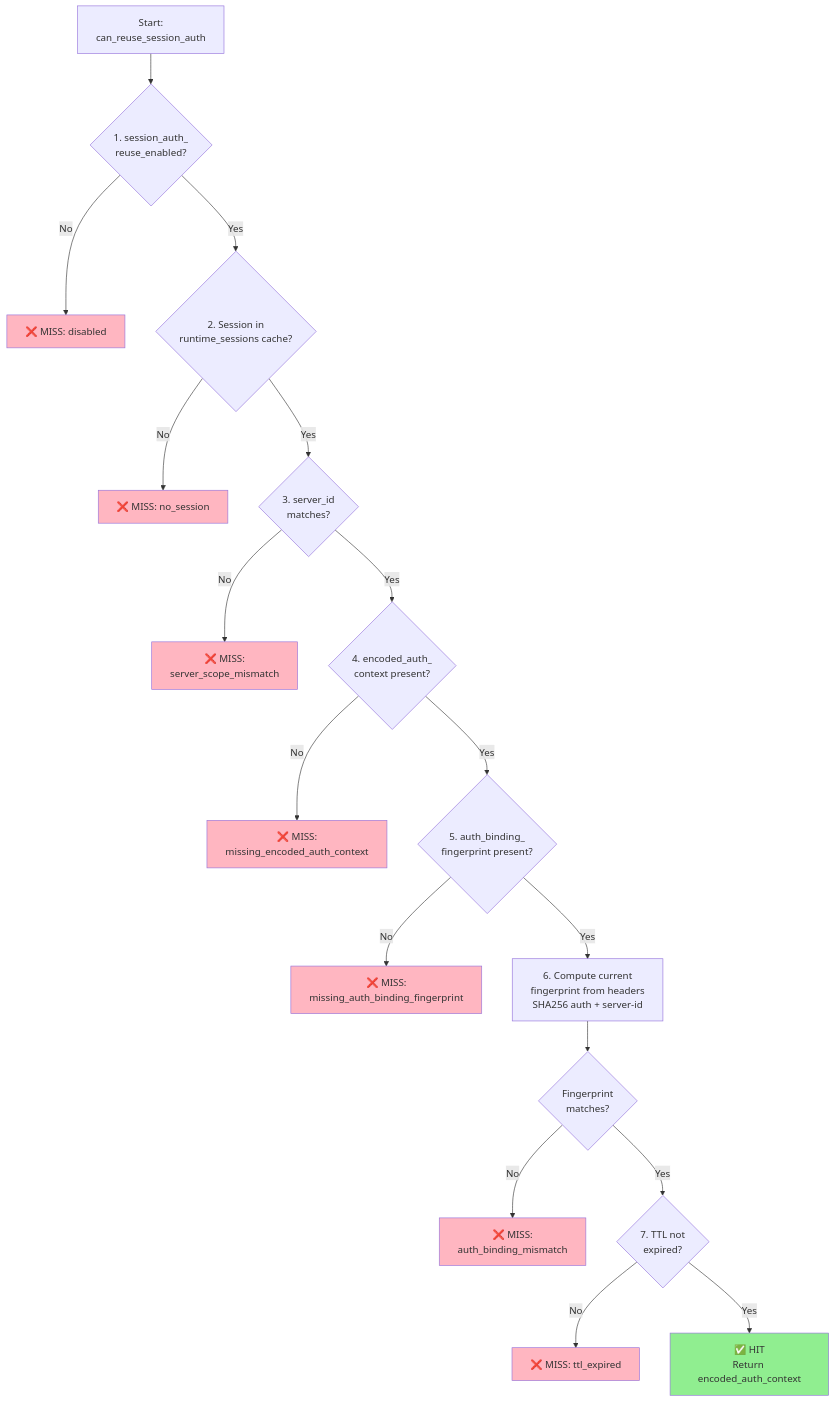
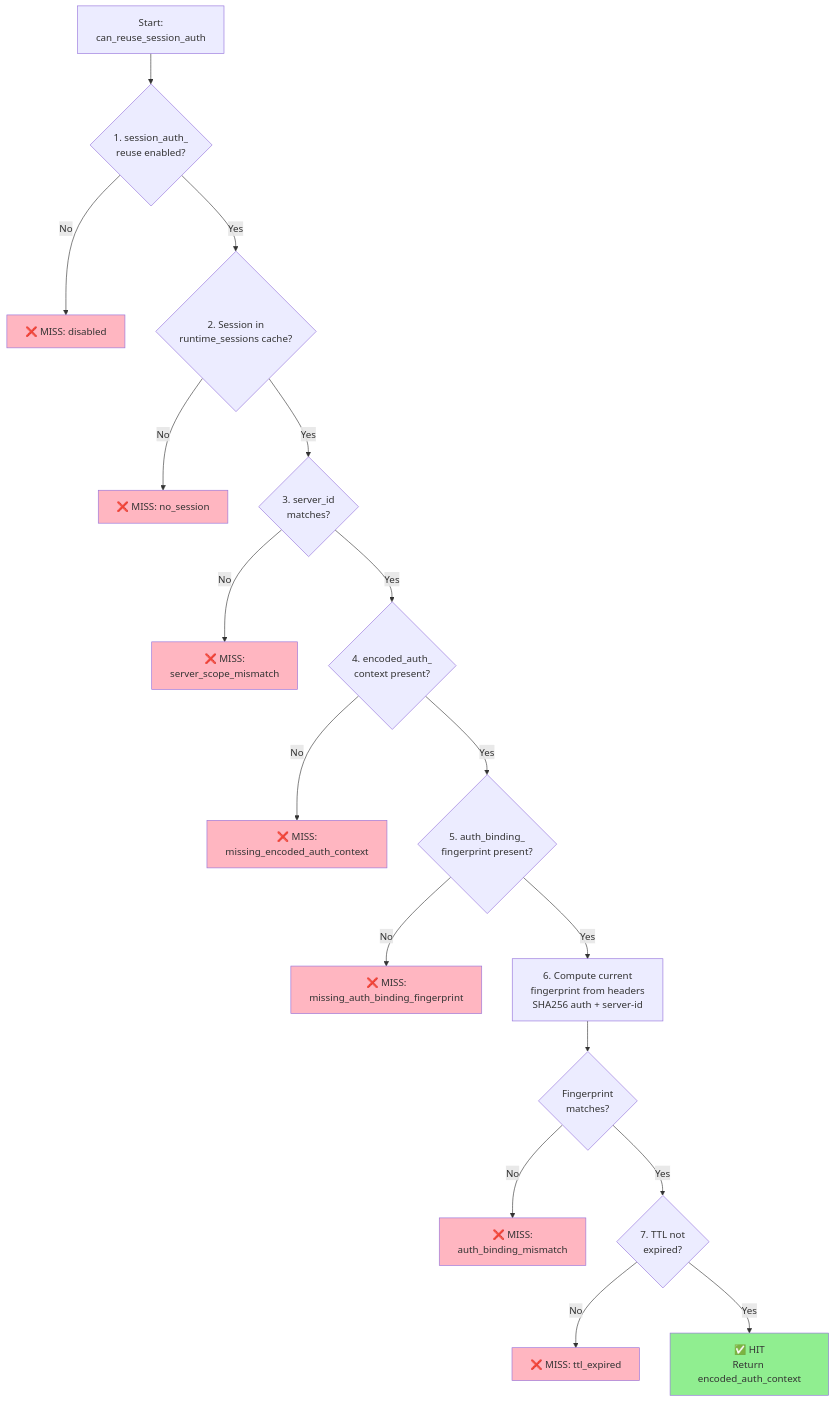
The eighth of 11 diagrams in README.md (sco3/reverse-eng), drawn with Mermaid before and after one commit. The commit also changed other lines of this file and 1 other file, not shown here.

````diff
--- a/README.md
+++ b/README.md
@@ -622,35 +503,35 @@
 ```mermaid
 flowchart TD
-    A["Start:<br/>can_reuse_session_auth"] --> B{"1. session_auth_<br/>reuse_enabled?"}
+    A["Start:<br/>can_reuse_session_auth"] --> B{"1. session_auth_<br/>reuse enabled?"}
 
     B -->|No| C["❌ MISS: disabled"]
     B -->|Yes| D{"2. Session in<br/>runtime_sessions cache?"}
 
     D -->|No| E["❌ MISS: no_session"]
     D -->|Yes| F{"3. server_id<br/>matches?"}
 
     F -->|No| G["❌ MISS:<br/>server_scope_mismatch"]
     F -->|Yes| H{"4. encoded_auth_<br/>context present?"}
 
     H -->|No| I["❌ MISS:<br/>missing_encoded_auth_context"]
     H -->|Yes| J{"5. auth_binding_<br/>fingerprint present?"}
 
     J -->|No| K["❌ MISS:<br/>missing_auth_binding_fingerprint"]
     J -->|Yes| L["6. Compute current<br/>fingerprint from headers<br/>SHA256 auth + server-id"]
 
     L --> M{"Fingerprint<br/>matches?"}
     M -->|No| N["❌ MISS:<br/>auth_binding_mismatch"]
     M -->|Yes| O{"7. TTL not<br/>expired?"}
 
     O -->|No| P["❌ MISS: ttl_expired"]
     O -->|Yes| Q["✅ HIT<br/>Return encoded_auth_context"]
 
     style C fill:#FFB6C1
     style E fill:#FFB6C1
     style G fill:#FFB6C1
     style I fill:#FFB6C1
     style K fill:#FFB6C1
     style N fill:#FFB6C1
     style P fill:#FFB6C1
     style Q fill:#90EE90
 ```
````
